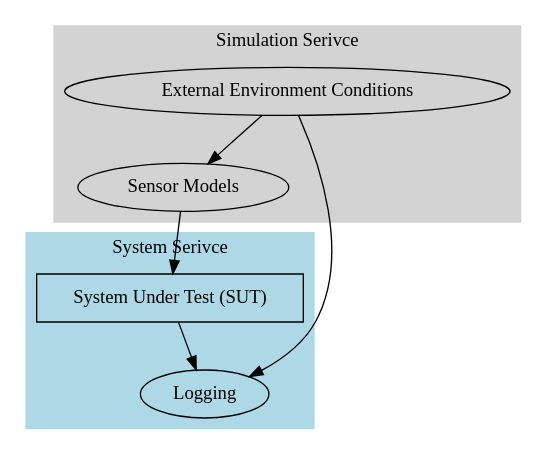
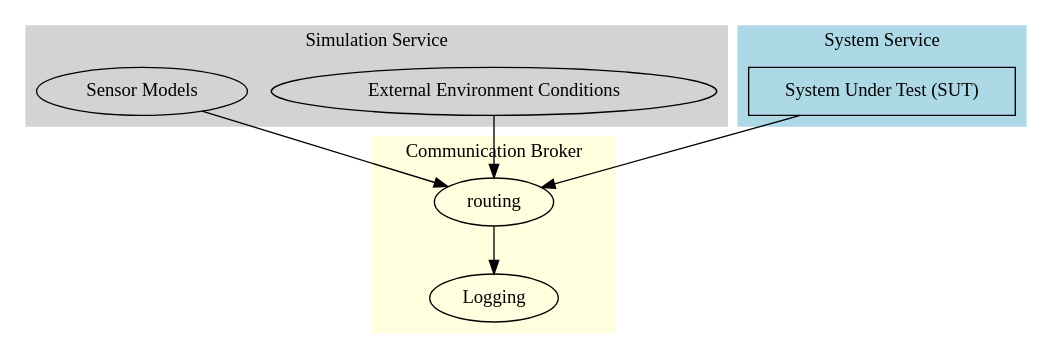
One commit to AlaaAlassi/graphviz changed the diagram in seamless_platform.dot. Above: the diagram before and after it, drawn with Graphviz. The commit also changed 1 other file, not shown here.

Commit message:
use micro service

```diff
--- a/seamless_platform.dot
+++ b/seamless_platform.dot
@@ -1,31 +1,36 @@
 digraph G {
-    // Simulation Serivce
+    // Communication Broker Container
+    subgraph cluster_communication_broker {
+        label = "Communication Broker";
+        style = filled;
+        color = lightyellow;
+        routing [shape=ellipse, label="routing"];
+        Logging [shape=ellipse, label="Logging"];
+    }
+    
+    // Simulation Service Container
     subgraph cluster_simulation {
-        label = "Simulation Serivce";
+        label = "Simulation Service";
         style = filled;
         color = lightgrey;
         
         Environment [shape=ellipse, label="External Environment Conditions"];
         SensorModels [shape=ellipse, label="Sensor Models"];
-
-        Environment -> SensorModels;
-
-        
     }
     
-    // System Serivce
+    // System Service Container
     subgraph cluster_system {
-        label = "System Serivce";
+        label = "System Service";
         style = filled;
         color = lightblue;
         
         SUT [shape=box, label="System Under Test (SUT)"];
-        Logging [shape=ellipse, label="Logging"];
-        
-        SUT -> Logging;
     }
     
-    // Connecting the Serivces
-    SensorModels -> SUT
-    Environment -> Logging
+    // Connecting nodes to Communication Broker
+    Environment -> routing;
+    SensorModels -> routing;
+    SUT -> routing;
+    routing -> Logging;
+    
 }
```
